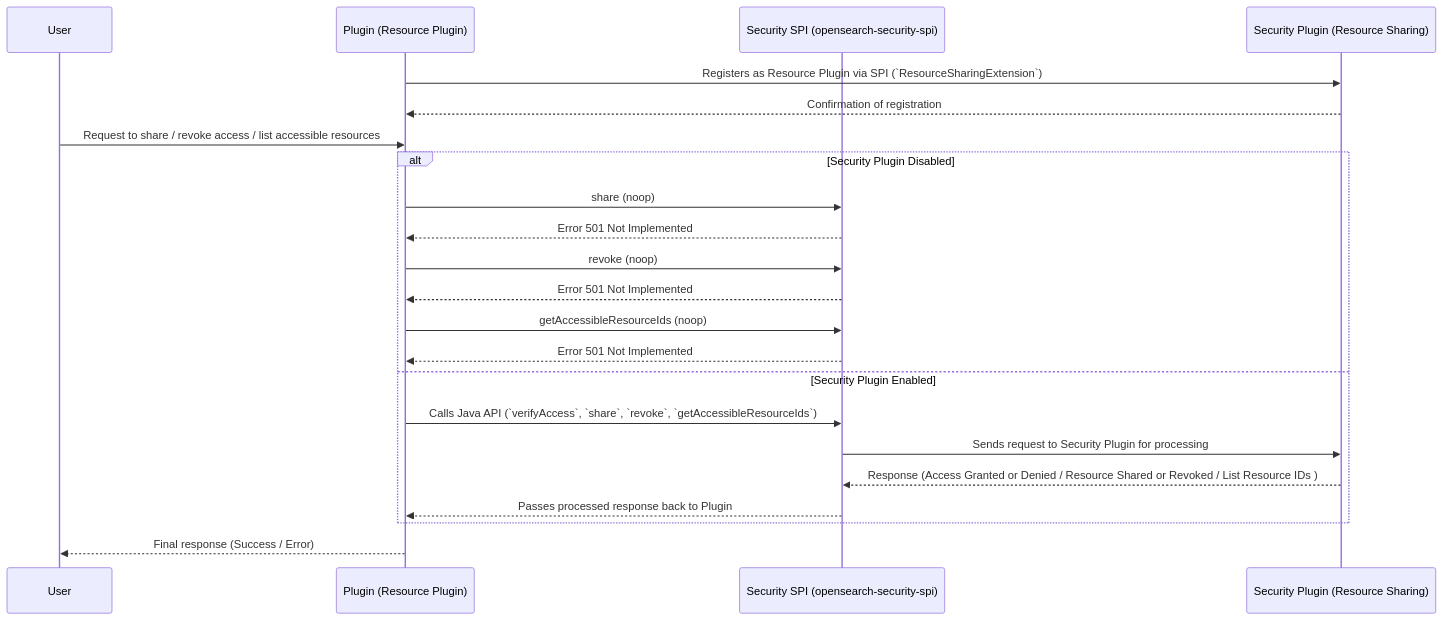
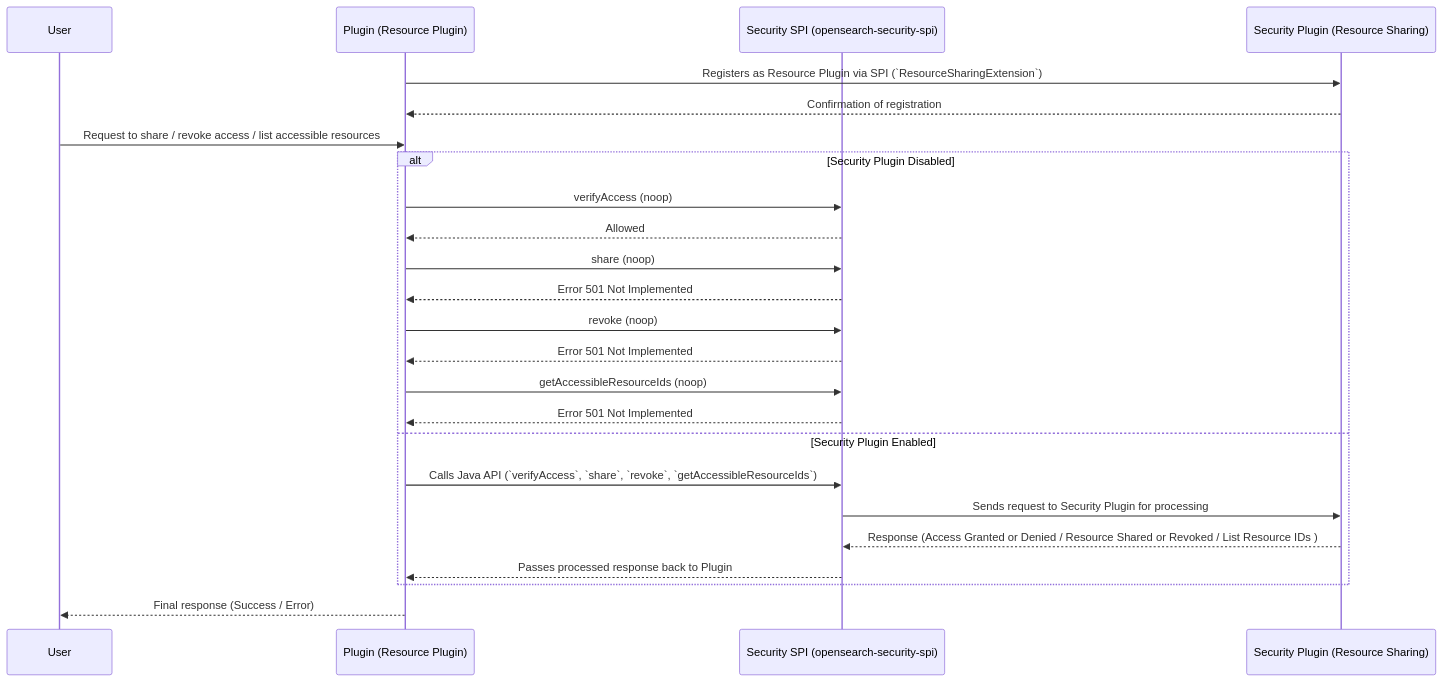
Before and after one commit to opensearch-project/security: the diagram in RESOURCE_SHARING_AND_ACCESS_CONTROL.md, drawn with Mermaid. The commit also changed other lines of this file and 1 other file, not shown here.

````diff
--- a/RESOURCE_SHARING_AND_ACCESS_CONTROL.md
+++ b/RESOURCE_SHARING_AND_ACCESS_CONTROL.md
@@ -260,44 +259,47 @@
 ```mermaid
 sequenceDiagram
     participant User as User
     participant Plugin as Plugin (Resource Plugin)
     participant SPI as Security SPI (opensearch-security-spi)
     participant Security as Security Plugin (Resource Sharing)
 
     %% Step 1: Plugin registers itself as a Resource Plugin
     Plugin ->> Security: Registers as Resource Plugin via SPI (`ResourceSharingExtension`)
     Security -->> Plugin: Confirmation of registration
 
     %% Step 2: User interacts with Plugin API
     User ->> Plugin: Request to share / revoke access / list accessible resources
 
     %% Alternative flow based on Security Plugin status
     alt Security Plugin Disabled
 
+    %% For verify: return allowed
+      Plugin ->> SPI: verifyAccess (noop)
+      SPI -->> Plugin: Allowed
     %% For share, revoke, and list: return 501 Not Implemented
       Plugin ->> SPI: share (noop)
       SPI -->> Plugin: Error 501 Not Implemented
 
       Plugin ->> SPI: revoke (noop)
       SPI -->> Plugin: Error 501 Not Implemented
 
       Plugin ->> SPI: getAccessibleResourceIds (noop)
       SPI -->> Plugin: Error 501 Not Implemented
 
     else Security Plugin Enabled
     %% Step 3: Plugin calls Java APIs declared by ResourceSharingClient
       Plugin ->> SPI: Calls Java API (`verifyAccess`, `share`, `revoke`, `getAccessibleResourceIds`)
 
     %% Step 4: Request is sent to Security Plugin
       SPI ->> Security: Sends request to Security Plugin for processing
 
     %% Step 5: Security Plugin handles request and returns response
       Security -->> SPI: Response (Access Granted or Denied / Resource Shared or Revoked / List Resource IDs )
 
     %% Step 6: Security SPI sends response back to Plugin
       SPI -->> Plugin: Passes processed response back to Plugin
     end
 
     %% Step 7: Plugin processes response and sends final response to User
     Plugin -->> User: Final response (Success / Error)
 ```
````
